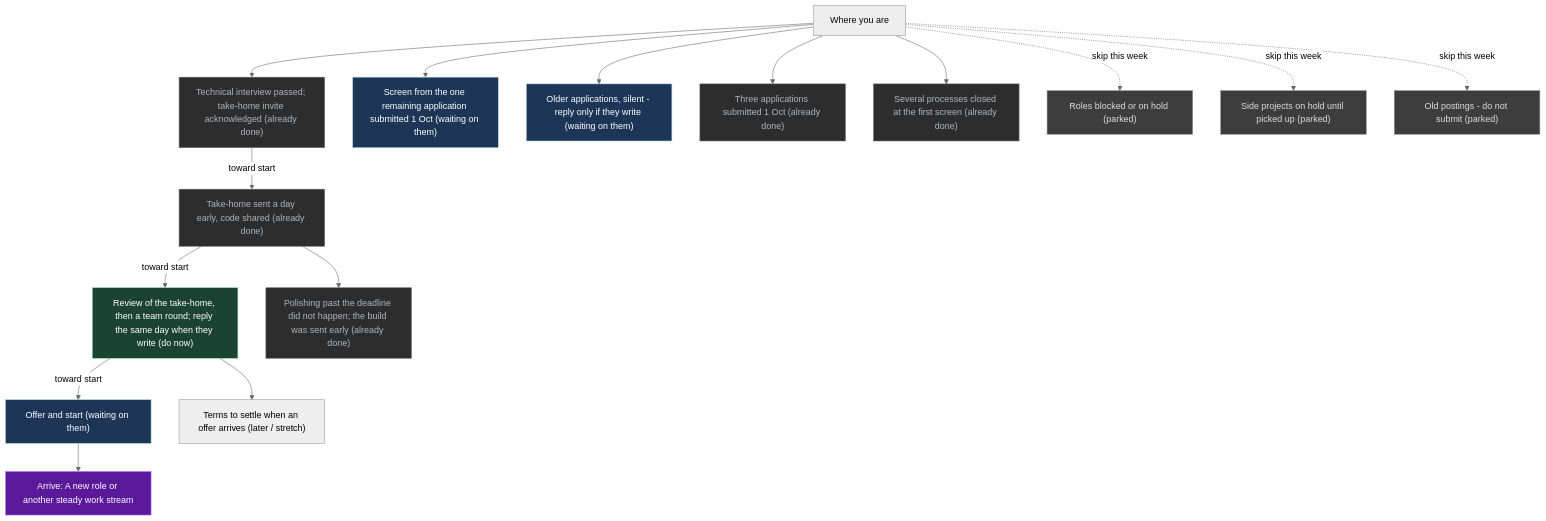
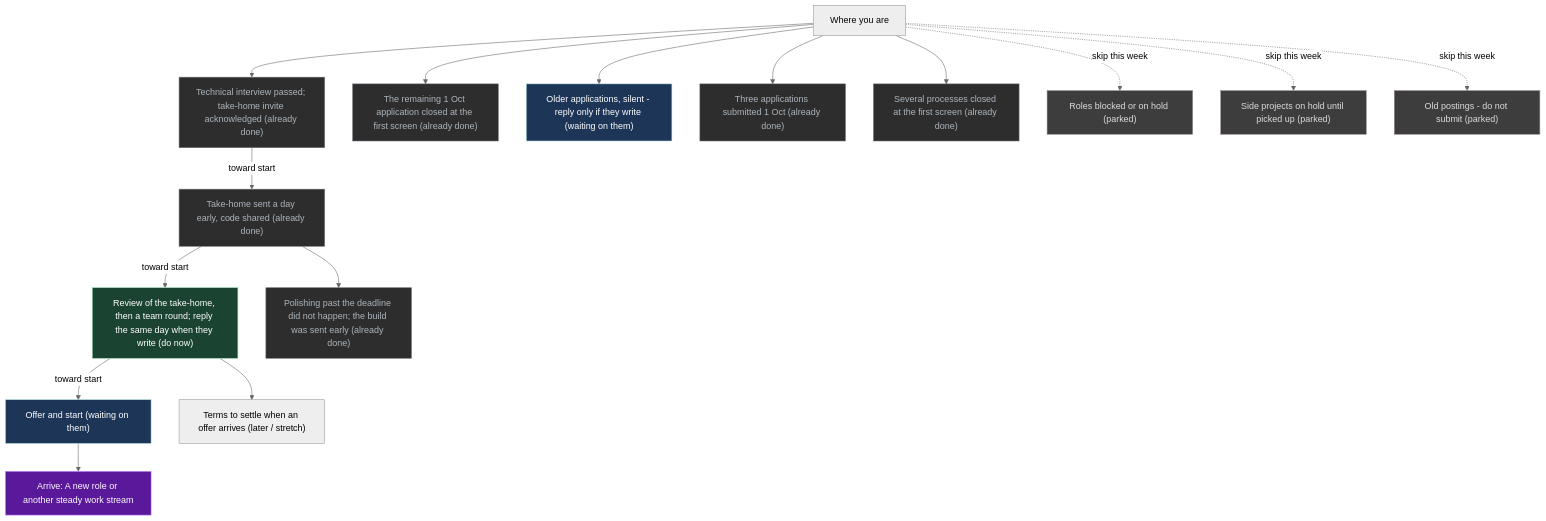
The diagram in UI/Mission.md (p10ns11y/life-os), drawn with Mermaid (neutral theme) before and after one commit. The commit also changed other lines of this file, not shown here.

````diff
--- a/UI/Mission.md
+++ b/UI/Mission.md
@@ -68,42 +67,42 @@
 ```mermaid
 flowchart TB
   x["Where you are"]
   G["Arrive: A new role or another steady work stream"]
   S0["Technical interview passed; take-home invite acknowledged (already done)"]
   S4["Take-home sent a day early, code shared (already done)"]
   S4b["Review of the take-home, then a team round; reply the same day when they write (do now)"]
   S5["Offer and start (waiting on them)"]
-  S6["Screen from the one remaining application submitted 1 Oct (waiting on them)"]
+  S6["The remaining 1 Oct application closed at the first screen (already done)"]
   S1["Older applications, silent - reply only if they write (waiting on them)"]
   R1["Terms to settle when an offer arrives (later / stretch)"]
   R2["Polishing past the deadline did not happen; the build was sent early (already done)"]
   S3["Three applications submitted 1 Oct (already done)"]
   D1["Several processes closed at the first screen (already done)"]
   P1["Roles blocked or on hold (parked)"]
   P2["Side projects on hold until picked up (parked)"]
   P3["Old postings - do not submit (parked)"]
   x --> S0
   S0 -->|"toward start"| S4
   S4 -->|"toward start"| S4b
   S4b -->|"toward start"| S5
   x --> S6
   x --> S1
   S4b --> R1
   S4 --> R2
   x --> S3
   x --> D1
   x -.->|"skip this week"| P1
   x -.->|"skip this week"| P2
   x -.->|"skip this week"| P3
   S5 --> G
   classDef do fill:#1b4332,stroke:#95d5b2,color:#fff
   classDef wait fill:#1d3557,stroke:#a8dadc,color:#fff
   classDef park fill:#3d3d3d,stroke:#9a8c98,color:#ddd
   classDef done fill:#2d2d2d,stroke:#6c757d,color:#adb5bd
   classDef goal fill:#5a189a,stroke:#c77dff,color:#fff
   class G goal
   class S4b do
-  class S5,S6,S1 wait
+  class S5,S1 wait
   class P1,P2,P3 park
-  class S0,S4,R2,S3,D1 done
+  class S0,S4,S6,R2,S3,D1 done
 ```
````
